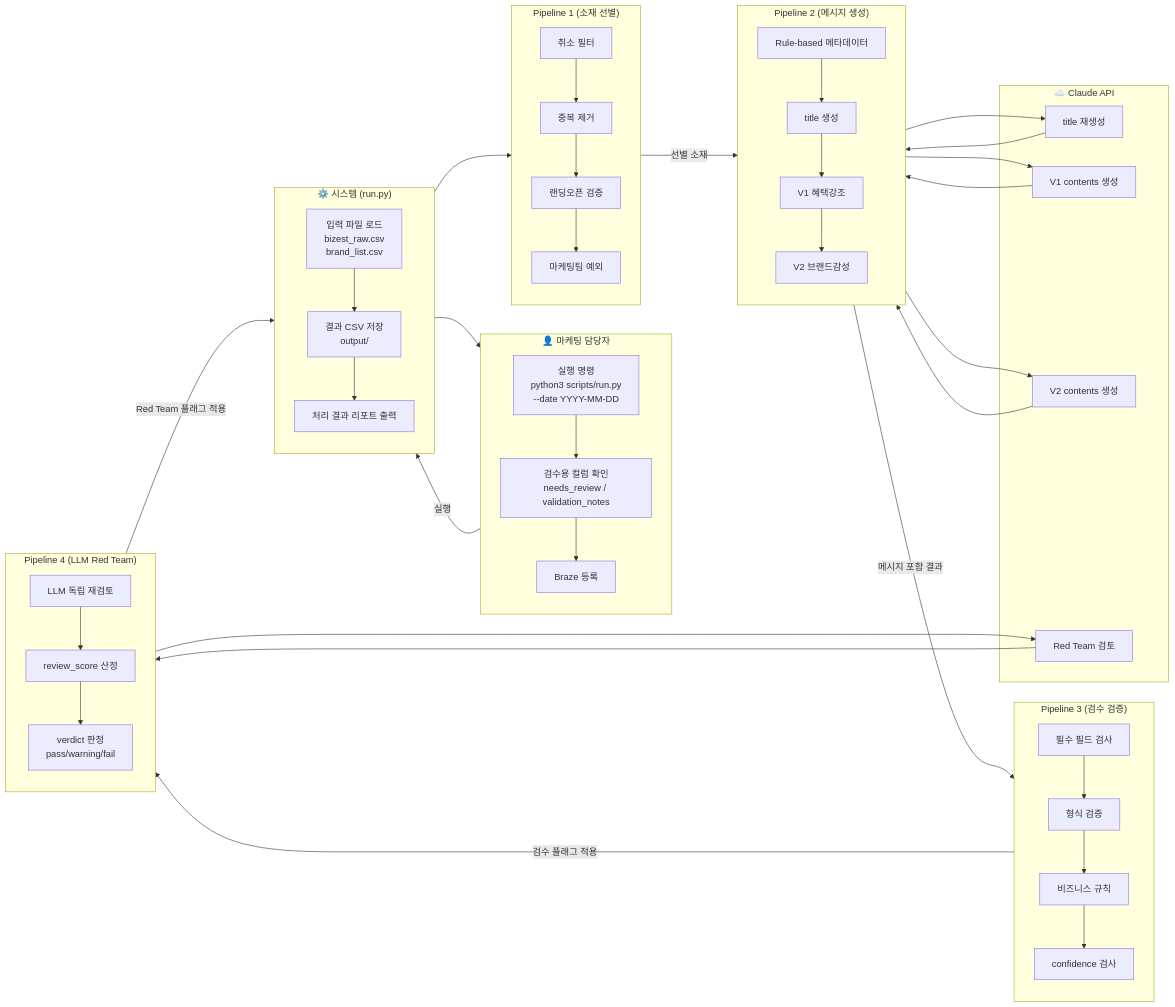
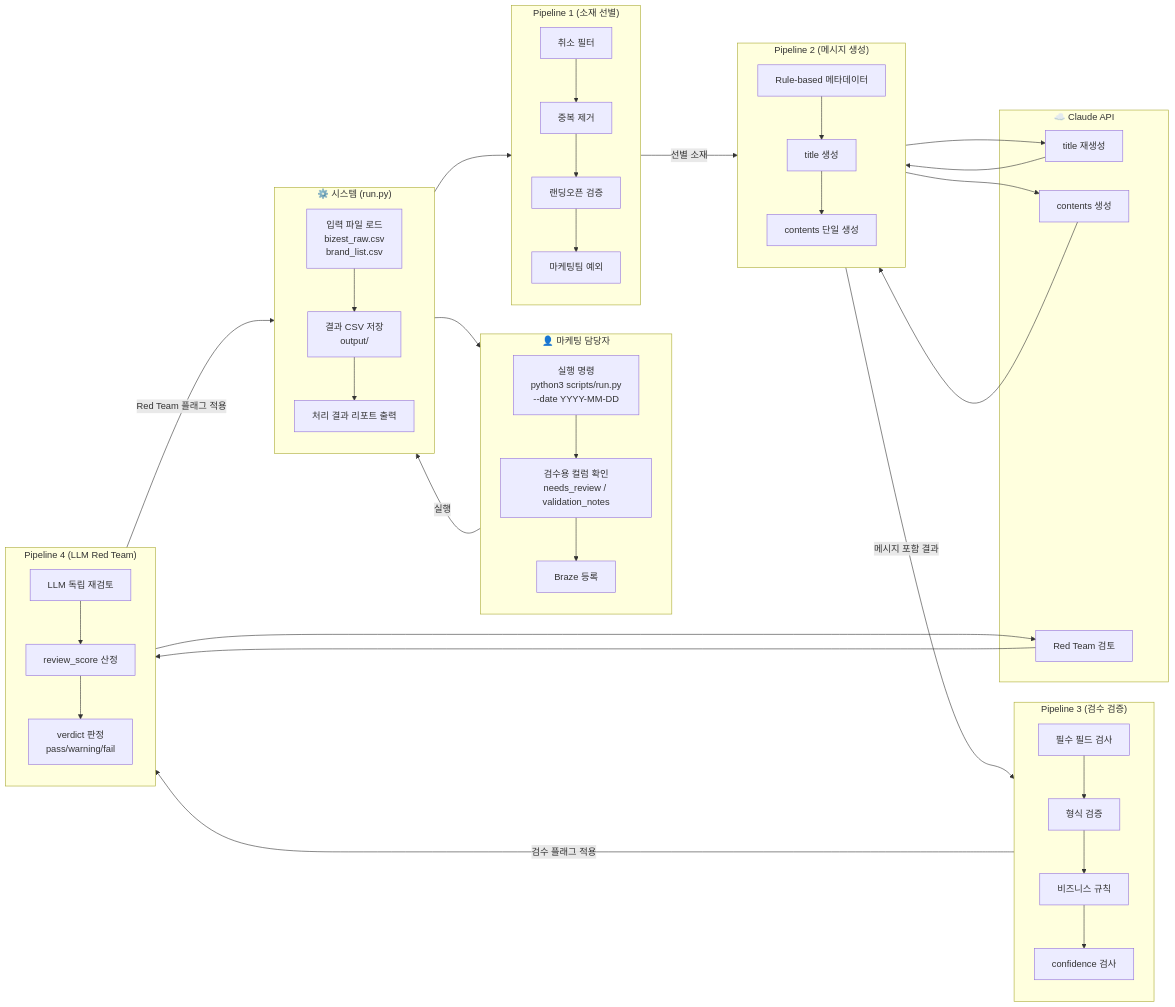
The second of 2 diagrams in push-campaign/docs/flow_overview.md (kyungminkim-ai/martech-project), drawn with Mermaid before and after one commit. The commit also changed other lines of this file and 17 other files, not shown here.

````diff
--- a/push-campaign/docs/flow_overview.md
+++ b/push-campaign/docs/flow_overview.md
@@ -81,61 +80,58 @@
 ```mermaid
 flowchart LR
     subgraph MKT["👤 마케팅 담당자"]
         direction TB
         M1["실행 명령\npython3 scripts/run.py\n--date YYYY-MM-DD"]
         M2["검수용 컬럼 확인\nneeds_review / validation_notes"]
         M3["Braze 등록"]
         M1 --> M2 --> M3
     end
 
     subgraph SYS["⚙️ 시스템 (run.py)"]
         direction TB
         S1["입력 파일 로드\nbizest_raw.csv\nbrand_list.csv"]
         S2["결과 CSV 저장\noutput/"]
         S3["처리 결과 리포트 출력"]
         S1 --> S2 --> S3
     end
 
     subgraph P1L["Pipeline 1 (소재 선별)"]
         direction TB
         P1A["취소 필터"] --> P1B["중복 제거"] --> P1C["랜딩오픈 검증"] --> P1D["마케팅팀 예외"]
     end
 
     subgraph P2L["Pipeline 2 (메시지 생성)"]
         direction TB
-        P2A["Rule-based 메타데이터"] --> P2B["title 생성"] --> P2C["V1 혜택강조"] --> P2D["V2 브랜드감성"]
+        P2A["Rule-based 메타데이터"] --> P2B["title 생성"] --> P2C["contents 단일 생성"]
     end
 
     subgraph P3L["Pipeline 3 (검수 검증)"]
         direction TB
         P3A["필수 필드 검사"] --> P3B["형식 검증"] --> P3C["비즈니스 규칙"] --> P3D["confidence 검사"]
     end
 
     subgraph P4L["Pipeline 4 (LLM Red Team)"]
         direction TB
         P4A["LLM 독립 재검토"] --> P4B["review_score 산정"] --> P4C["verdict 판정\npass/warning/fail"]
     end
 
     subgraph LLM["☁️ Claude API"]
         L1["title 재생성"]
-        L2["V1 contents 생성"]
-        L3["V2 contents 생성"]
+        L2["contents 생성"]
         L4["Red Team 검토"]
     end
 
     M1 -->|실행| S1
     S1 --> P1L
     P1L -->|선별 소재| P2L
     P2B --> L1
     P2C --> L2
-    P2D --> L3
     L1 --> P2B
     L2 --> P2C
-    L3 --> P2D
     P2L -->|메시지 포함 결과| P3L
     P3L -->|검수 플래그 적용| P4L
     P4A --> L4
     L4 --> P4C
     P4L -->|Red Team 플래그 적용| S2
     S2 --> M2
 ```
````
